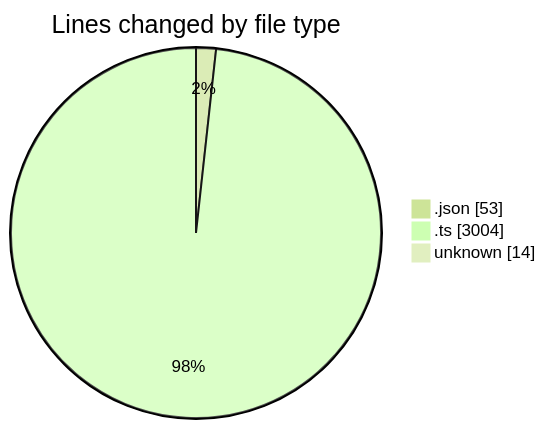
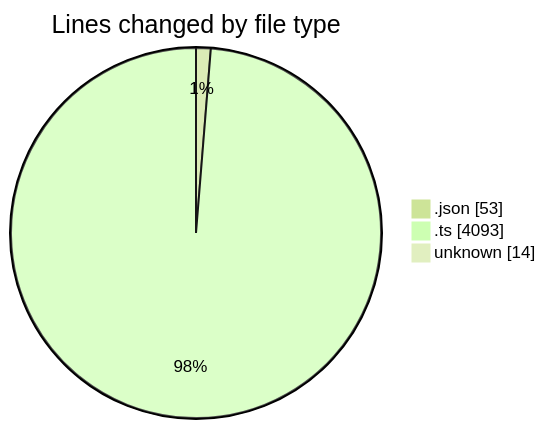
Before and after one commit to tmsrecording-cyber/code-tracking: the first of 2 diagrams in 2026-02-01/singularitybrainai/README.md, drawn with Mermaid (forest theme). The commit also changed other lines of this file and 1 other file, not shown here.

````diff
--- a/2026-02-01/singularitybrainai/README.md
+++ b/2026-02-01/singularitybrainai/README.md
@@ -24,7 +24,7 @@
 ```mermaid
 pie showData
 title Lines changed by file type
 ".json" : 53
-".ts" : 3004
+".ts" : 4093
 "unknown" : 14
 ```
````
